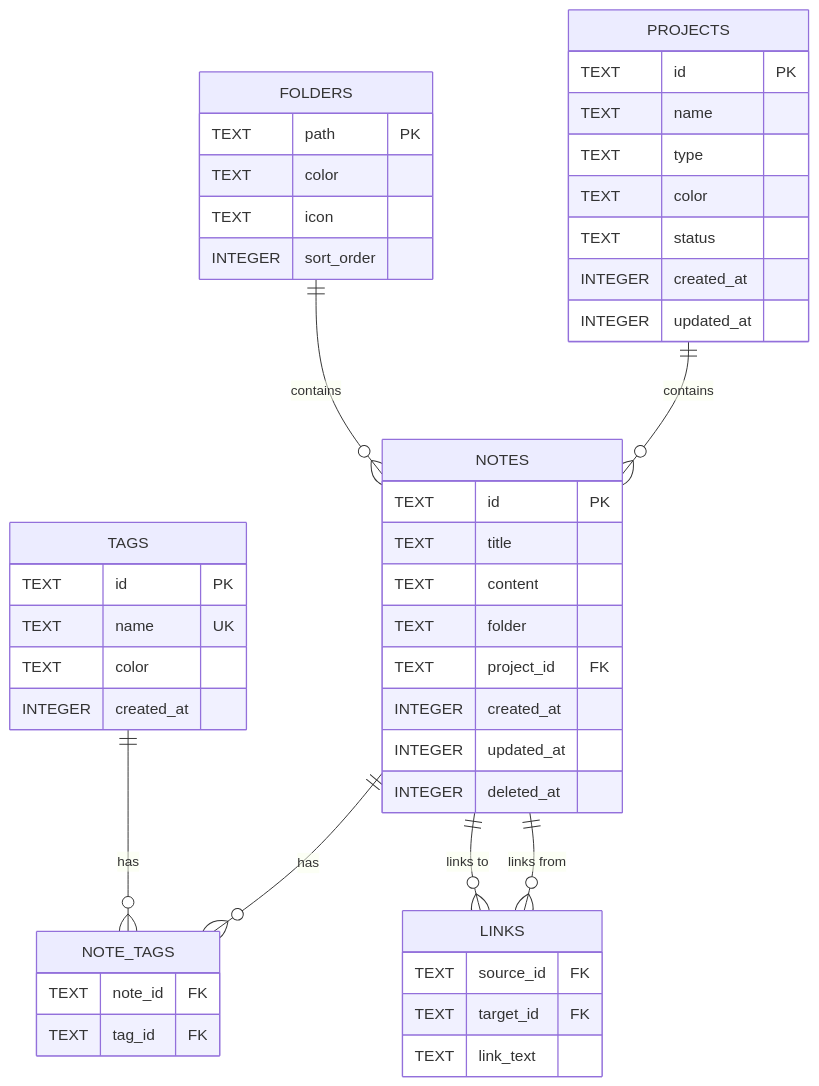
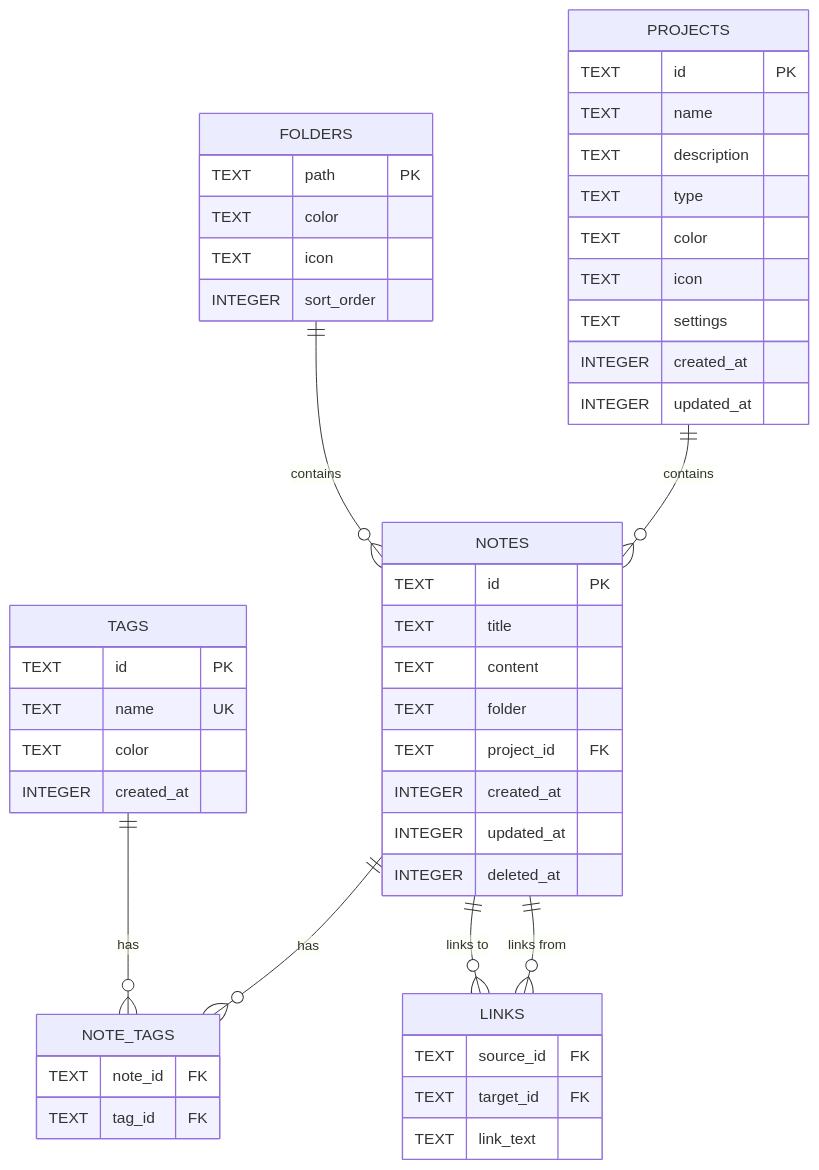
One commit to Data-Wise/scribe changed the fifth of 5 diagrams in docs/ARCHITECTURE.md. Above: the diagram before and after it, drawn with Mermaid. The commit also changed 2 other files, not shown here.

Commit message:
fix(docs): correct SettingsModal labeling and schema types
- Swap SettingsModal file labels: prop-based one (used by App.tsx) is
  primary, store-based one is unused
- Fix notes/projects schema: timestamps are INTEGER (unix epoch), not TEXT
- Add missing project columns to ER diagram and architecture docs
  (description, icon, settings)
- Add project_id FK to notes schema in architecture.md

````diff
--- a/docs/ARCHITECTURE.md
+++ b/docs/ARCHITECTURE.md
@@ -190,55 +190,57 @@
 ```mermaid
 erDiagram
     NOTES {
         TEXT id PK
         TEXT title
         TEXT content
         TEXT folder
         TEXT project_id FK
         INTEGER created_at
         INTEGER updated_at
         INTEGER deleted_at
     }
 
     PROJECTS {
         TEXT id PK
         TEXT name
+        TEXT description
         TEXT type
         TEXT color
-        TEXT status
+        TEXT icon
+        TEXT settings
         INTEGER created_at
         INTEGER updated_at
     }
 
     TAGS {
         TEXT id PK
         TEXT name UK
         TEXT color
         INTEGER created_at
     }
 
     NOTE_TAGS {
         TEXT note_id FK
         TEXT tag_id FK
     }
 
     LINKS {
         TEXT source_id FK
         TEXT target_id FK
         TEXT link_text
     }
 
     FOLDERS {
         TEXT path PK
         TEXT color
         TEXT icon
         INTEGER sort_order
     }
 
     PROJECTS ||--o{ NOTES : contains
     NOTES ||--o{ NOTE_TAGS : has
     TAGS ||--o{ NOTE_TAGS : has
     NOTES ||--o{ LINKS : "links from"
     NOTES ||--o{ LINKS : "links to"
     FOLDERS ||--o{ NOTES : contains
 ```
````
